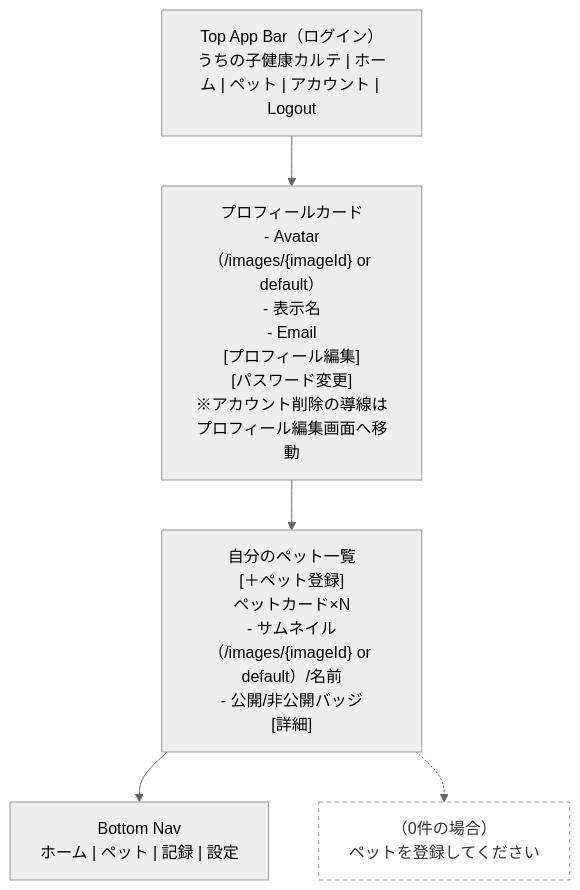
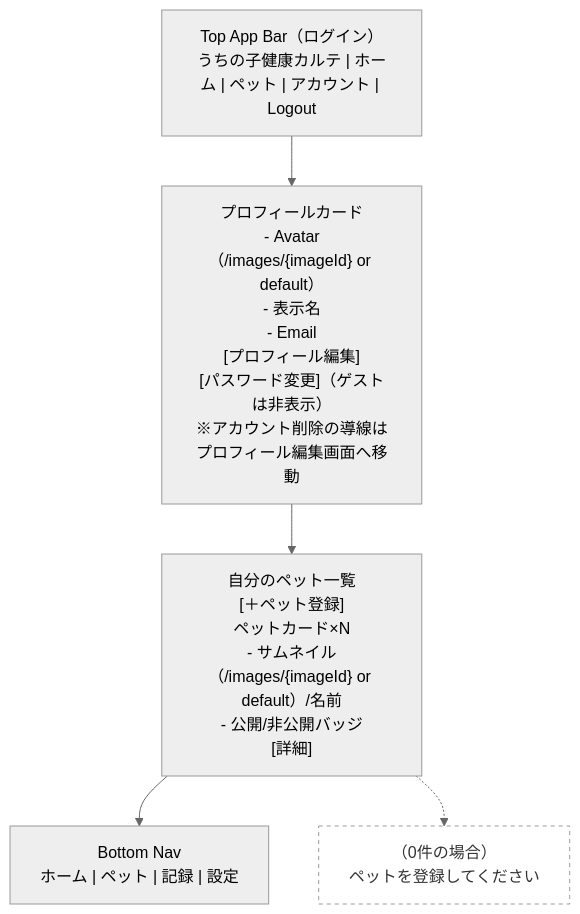
One commit to Cat5Dog2/PetHealthManagement changed the fourth of 24 diagrams in docs/ui-wireframe.md. Above: the diagram before and after it, drawn with Mermaid (neutral theme). The commit also changed other lines of this file and 8 other files, not shown here.

````diff
--- a/docs/ui-wireframe.md
+++ b/docs/ui-wireframe.md
@@ -80,14 +89,14 @@
 ```mermaid
 flowchart TB
   Header["Top App Bar（ログイン）<br/>うちの子健康カルテ | ホーム | ペット | アカウント | Logout"]
   BottomNav["Bottom Nav<br/>ホーム | ペット | 記録 | 設定"]
-  Profile["プロフィールカード<br/>- Avatar（/images/{imageId} or default）<br/>- 表示名<br/>- Email<br/>[プロフィール編集]<br/>[パスワード変更]<br/>※アカウント削除の導線はプロフィール編集画面へ移動"]
+  Profile["プロフィールカード<br/>- Avatar（/images/{imageId} or default）<br/>- 表示名<br/>- Email<br/>[プロフィール編集]<br/>[パスワード変更]（ゲストは非表示）<br/>※アカウント削除の導線はプロフィール編集画面へ移動"]
   Pets["自分のペット一覧<br/>[＋ペット登録]<br/>ペットカード×N<br/>- サムネイル（/images/{imageId} or default）/名前<br/>- 公開/非公開バッジ<br/>[詳細]"]
   Empty["（0件の場合）<br/>ペットを登録してください"]:::note
 
   Header --> Profile --> Pets
   Pets --> BottomNav
   Pets -.-> Empty
 
   classDef note fill:#fff,stroke:#999,stroke-dasharray: 4 4,color:#333;
 ```
````
